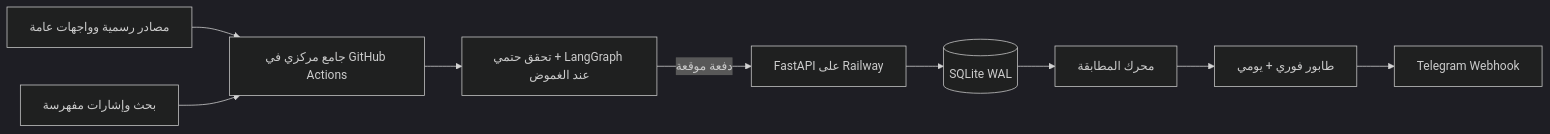
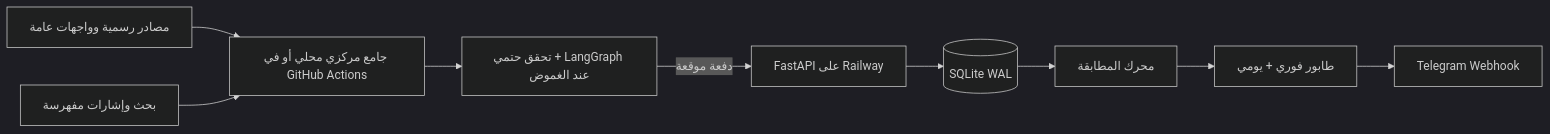
The diagram in README.md (K7Ax/NabaaAgent), drawn with Mermaid (dark theme) before and after one commit. The commit also changed other lines of this file and 15 other files, not shown here.

Commit message:
feat: start measurable central discovery roadmap

````diff
--- a/README.md
+++ b/README.md
@@ -29,11 +30,11 @@
 ```mermaid
 flowchart LR
-    O["مصادر رسمية وواجهات عامة"] --> C["جامع مركزي في GitHub Actions"]
+    O["مصادر رسمية وواجهات عامة"] --> C["جامع مركزي محلي أو في GitHub Actions"]
     X["بحث وإشارات مفهرسة"] --> C
     C --> V["تحقق حتمي + LangGraph عند الغموض"]
     V -->|"دفعة موقعة"| A["FastAPI على Railway"]
     A --> D[("SQLite WAL")]
     D --> M["محرك المطابقة"]
     M --> Q["طابور فوري + يومي"]
     Q --> T["Telegram Webhook"]
 ```
````
